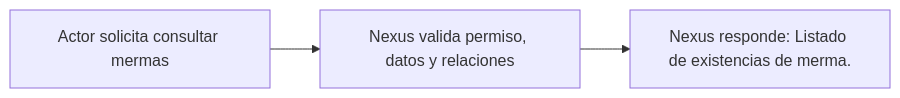
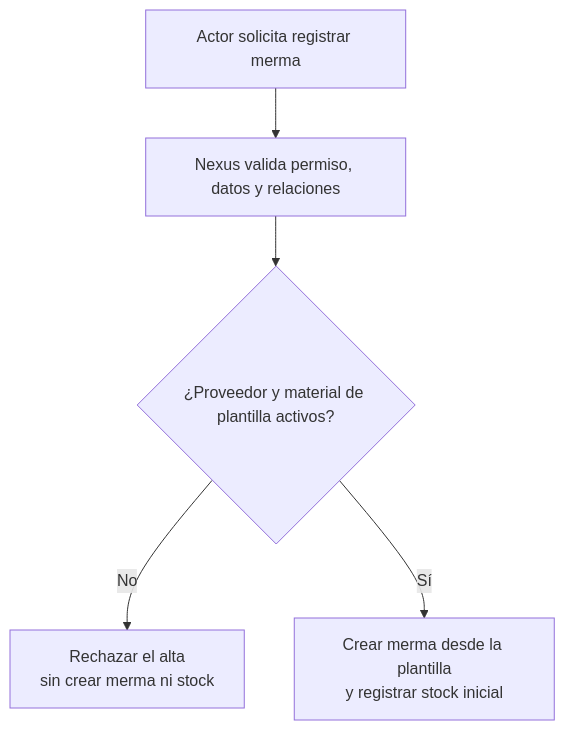
One commit to gpgsistemas01/nexus changed the diagram in docs/requirements/diagrams/catalogs/cu-cat-19.md. Above: the diagram before and after it, drawn with Mermaid. The commit also changed other lines of this file and 207 other files, not shown here.

````diff
--- a/docs/requirements/diagrams/catalogs/cu-cat-19.md
+++ b/docs/requirements/diagrams/catalogs/cu-cat-19.md
@@ -3,5 +3,7 @@
 ```mermaid
-flowchart LR
-    request["Actor solicita consultar mermas"] --> validate["Nexus valida permiso, datos y relaciones"]
-    validate --> result["Nexus responde: Listado de existencias de merma."]
+flowchart TD
+    request["Actor solicita registrar merma"] --> validate["Nexus valida permiso, datos y relaciones"]
+    validate --> active{"¿Proveedor y material de plantilla activos?"}
+    active -->|No| reject["Rechazar el alta<br/>sin crear merma ni stock"]
+    active -->|Sí| result["Crear merma desde la plantilla<br/>y registrar stock inicial"]
 ```
````
